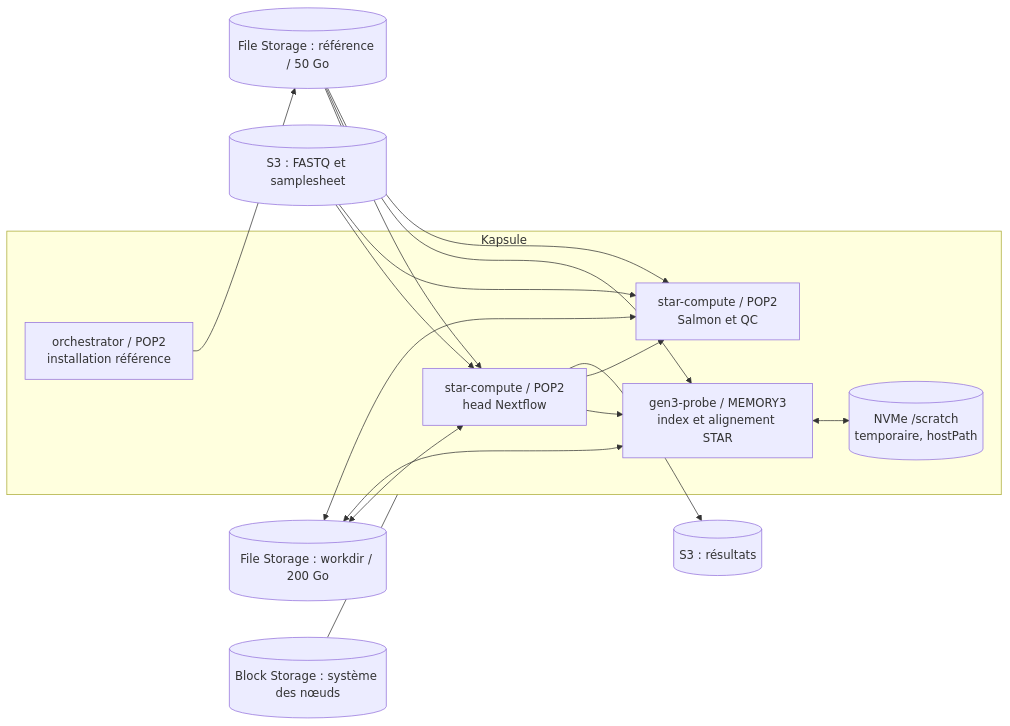
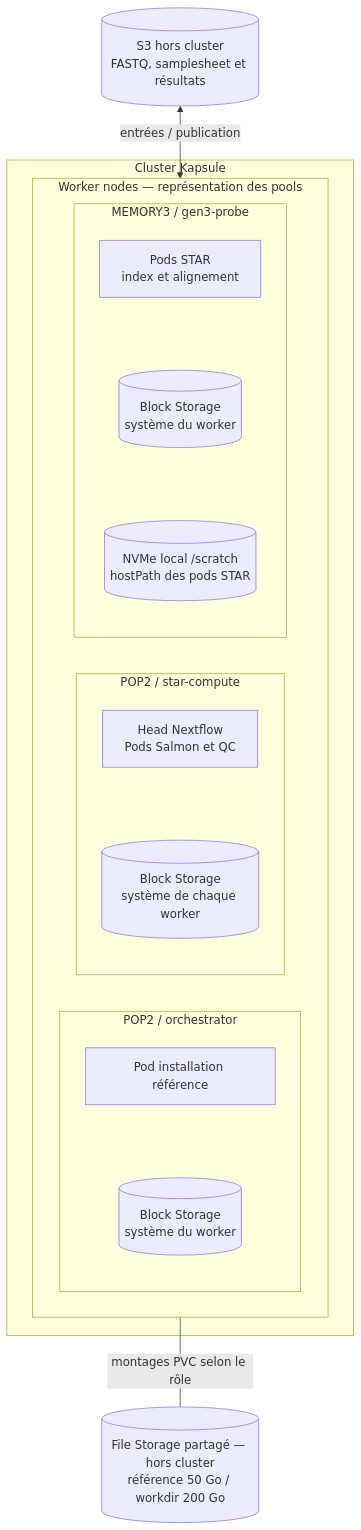
The diagram in README.md (fg-scw/genomic-scw-nextflow), drawn with Mermaid before and after one commit. The commit also changed other lines of this file, not shown here.

Commit message:
Group workers and storage in the architecture diagram

````diff
--- a/README.md
+++ b/README.md
@@ -7,24 +7,28 @@
 ```mermaid
-flowchart LR
-  IN[("S3 : FASTQ et samplesheet")] --> HEAD
-  subgraph K["Kapsule"]
-    REFJOB["orchestrator / POP2<br/>installation référence"]
-    HEAD["star-compute / POP2<br/>head Nextflow"]
-    QC["star-compute / POP2<br/>Salmon et QC"]
-    STAR["gen3-probe / MEMORY3<br/>index et alignement STAR"]
-    NVME[("NVMe /scratch<br/>temporaire, hostPath")]
-    HEAD --> STAR
-    HEAD --> QC
-    STAR <--> NVME
+flowchart TB
+  S3[("S3 hors cluster<br/>FASTQ, samplesheet et résultats")]
+  subgraph K["Cluster Kapsule"]
+    subgraph W["Worker nodes — représentation des pools"]
+      direction LR
+      subgraph O["POP2 / orchestrator"]
+        OP["Pod installation référence"]
+        OB[("Block Storage<br/>système du worker")]
+        OP ~~~ OB
+      end
+      subgraph P["POP2 / star-compute"]
+        PP["Head Nextflow<br/>Pods Salmon et QC"]
+        PB[("Block Storage<br/>système de chaque worker")]
+        PP ~~~ PB
+      end
+      subgraph G["MEMORY3 / gen3-probe"]
+        GP["Pods STAR<br/>index et alignement"]
+        GB[("Block Storage<br/>système du worker")]
+        GN[("NVMe local /scratch<br/>hostPath des pods STAR")]
+        GP ~~~ GB ~~~ GN
+      end
+    end
   end
-  REFJOB --> REF[("File Storage : référence / 50 Go")]
-  REF --> HEAD
-  REF --> STAR
-  REF --> QC
-  WORK[("File Storage : workdir / 200 Go")] <--> HEAD
-  WORK <--> STAR
-  WORK <--> QC
-  IN --> QC
-  HEAD --> OUT[("S3 : résultats")]
-  BLOCK[("Block Storage : système des nœuds")] --- K
+  SFS[("File Storage partagé — hors cluster<br/>référence 50 Go / workdir 200 Go")]
+  S3 <-->|"entrées / publication"| W
+  W ---|"montages PVC selon le rôle"| SFS
 ```
````
